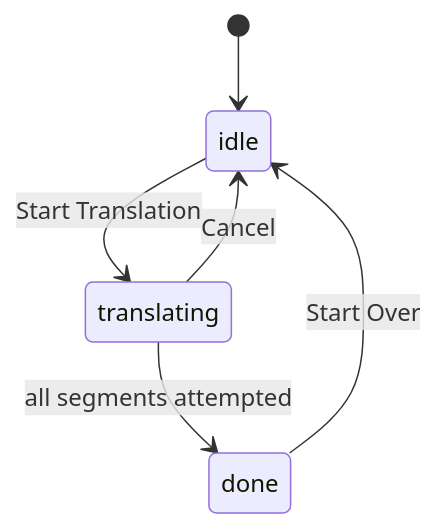
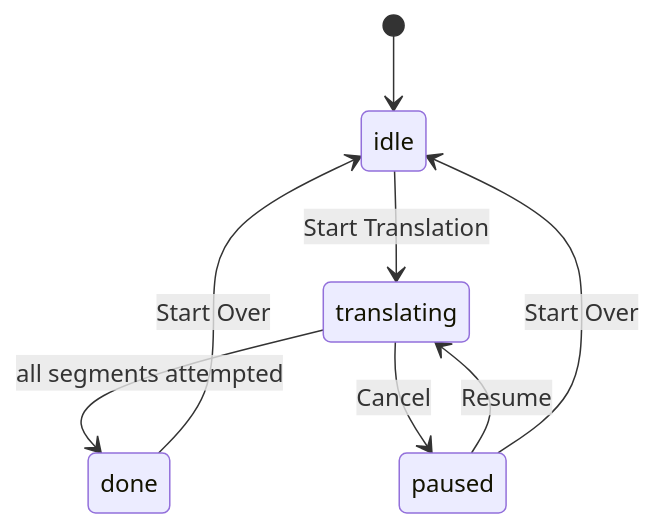
The second of 4 diagrams in ARCHITECTURE.md (thebobak/autol10n), drawn with Mermaid before and after one commit. The commit also changed other lines of this file and 18 other files, not shown here.

````diff
--- a/ARCHITECTURE.md
+++ b/ARCHITECTURE.md
@@ -69,8 +105,10 @@
 ```mermaid
 stateDiagram-v2
     [*] --> idle
     idle --> translating : Start Translation
     translating --> done  : all segments attempted
-    translating --> idle  : Cancel
-    done --> idle         : Start Over
+    translating --> paused : Cancel
+    paused --> translating : Resume
+    done --> idle : Start Over
+    paused --> idle : Start Over
 ```
````
